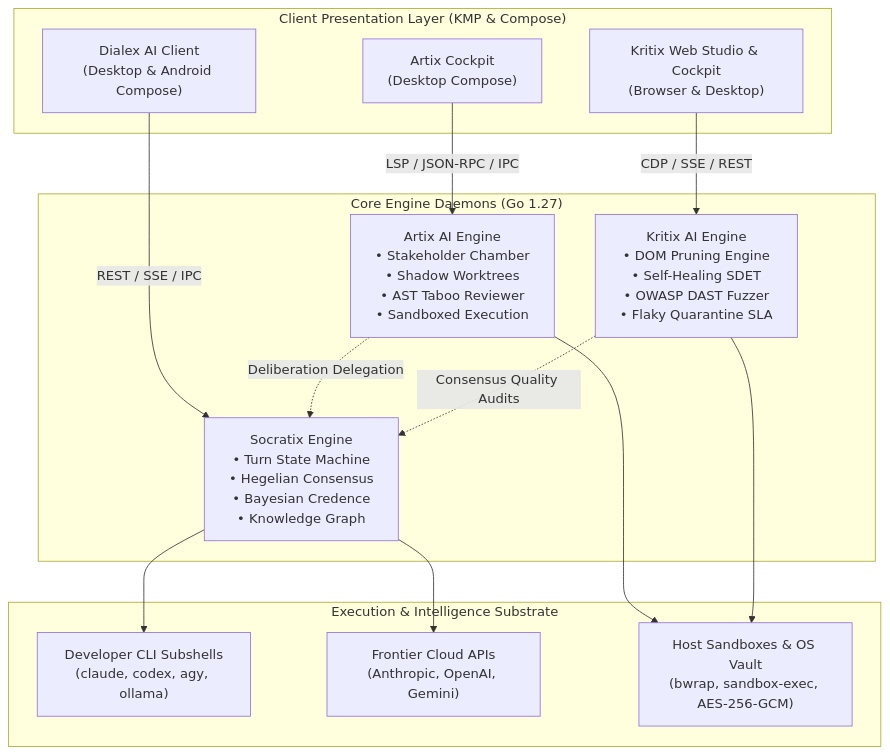
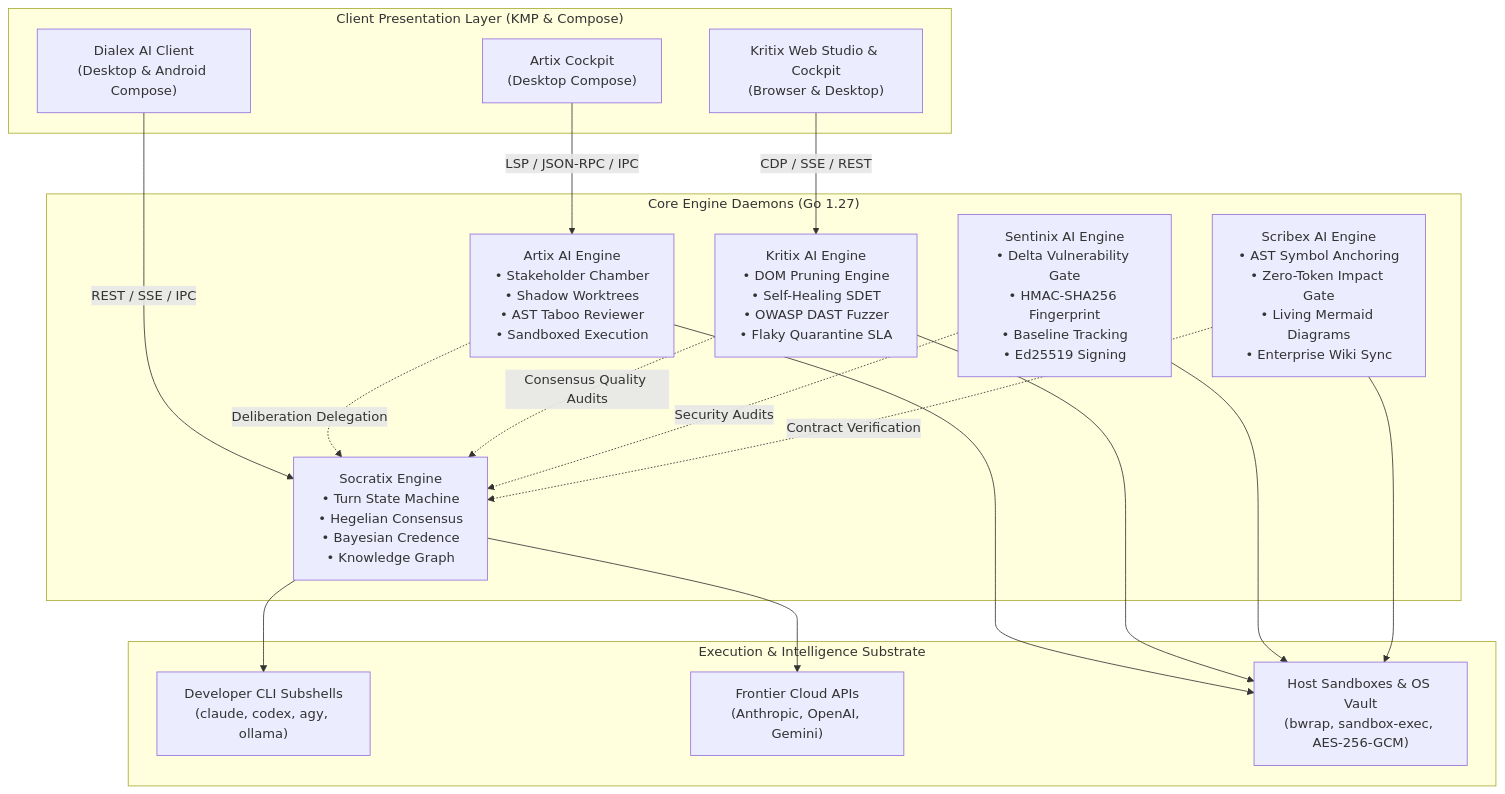
One commit to Keltstone/DialexAI changed the diagram in docs/README.md. Above: the diagram before and after it, drawn with Mermaid. The commit also changed other lines of this file and 14 other files, not shown here.

````diff
--- a/docs/README.md
+++ b/docs/README.md
@@ -11,31 +11,37 @@
 ```mermaid
 graph TD
     subgraph UI_Clients ["Client Presentation Layer (KMP & Compose)"]
         DialexApp["Dialex AI Client<br/>(Desktop & Android Compose)"]
         ArtixCockpit["Artix Cockpit<br/>(Desktop Compose)"]
         KritixStudio["Kritix Web Studio & Cockpit<br/>(Browser & Desktop)"]
     end
 
     subgraph Core_Engines ["Core Engine Daemons (Go 1.27)"]
         SocratixEngine["Socratix Engine<br/>• Turn State Machine<br/>• Hegelian Consensus<br/>• Bayesian Credence<br/>• Knowledge Graph"]
         ArtixEngine["Artix AI Engine<br/>• Stakeholder Chamber<br/>• Shadow Worktrees<br/>• AST Taboo Reviewer<br/>• Sandboxed Execution"]
         KritixEngine["Kritix AI Engine<br/>• DOM Pruning Engine<br/>• Self-Healing SDET<br/>• OWASP DAST Fuzzer<br/>• Flaky Quarantine SLA"]
+        SentinixEngine["Sentinix AI Engine<br/>• Delta Vulnerability Gate<br/>• HMAC-SHA256 Fingerprint<br/>• Baseline Tracking<br/>• Ed25519 Signing"]
+        ScribexEngine["Scribex AI Engine<br/>• AST Symbol Anchoring<br/>• Zero-Token Impact Gate<br/>• Living Mermaid Diagrams<br/>• Enterprise Wiki Sync"]
     end
 
     subgraph Substrate ["Execution & Intelligence Substrate"]
         LocalCLI["Developer CLI Subshells<br/>(claude, codex, agy, ollama)"]
         CloudAPI["Frontier Cloud APIs<br/>(Anthropic, OpenAI, Gemini)"]
         LocalOS["Host Sandboxes & OS Vault<br/>(bwrap, sandbox-exec, AES-256-GCM)"]
     end
 
     DialexApp -->|REST / SSE / IPC| SocratixEngine
     ArtixCockpit -->|LSP / JSON-RPC / IPC| ArtixEngine
     KritixStudio -->|CDP / SSE / REST| KritixEngine
     ArtixEngine -.->|Deliberation Delegation| SocratixEngine
     KritixEngine -.->|Consensus Quality Audits| SocratixEngine
+    SentinixEngine -.->|Security Audits| SocratixEngine
+    ScribexEngine -.->|Contract Verification| SocratixEngine
 
     SocratixEngine --> LocalCLI
     SocratixEngine --> CloudAPI
     ArtixEngine --> LocalOS
     KritixEngine --> LocalOS
+    SentinixEngine --> LocalOS
+    ScribexEngine --> LocalOS
 ```
````
